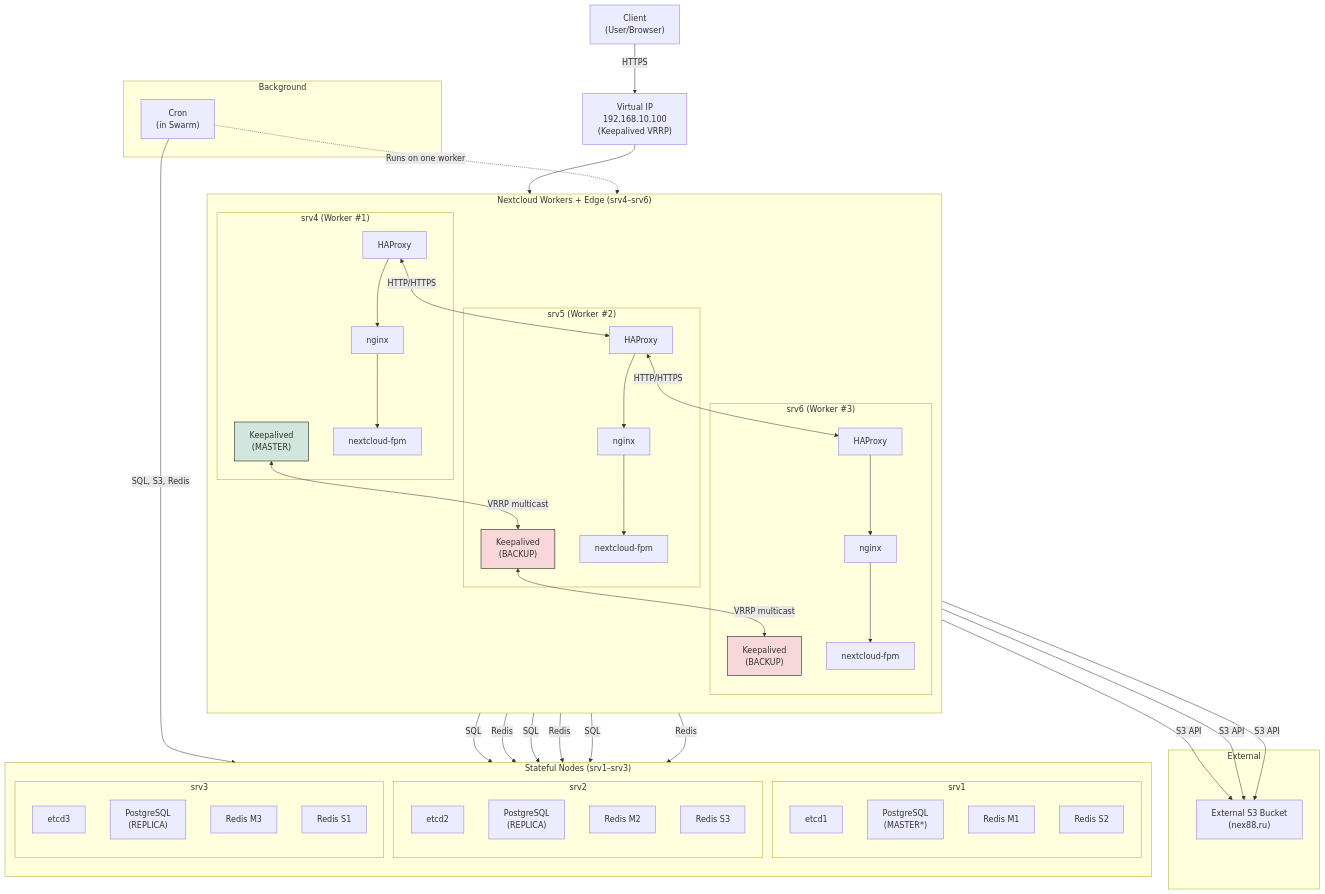
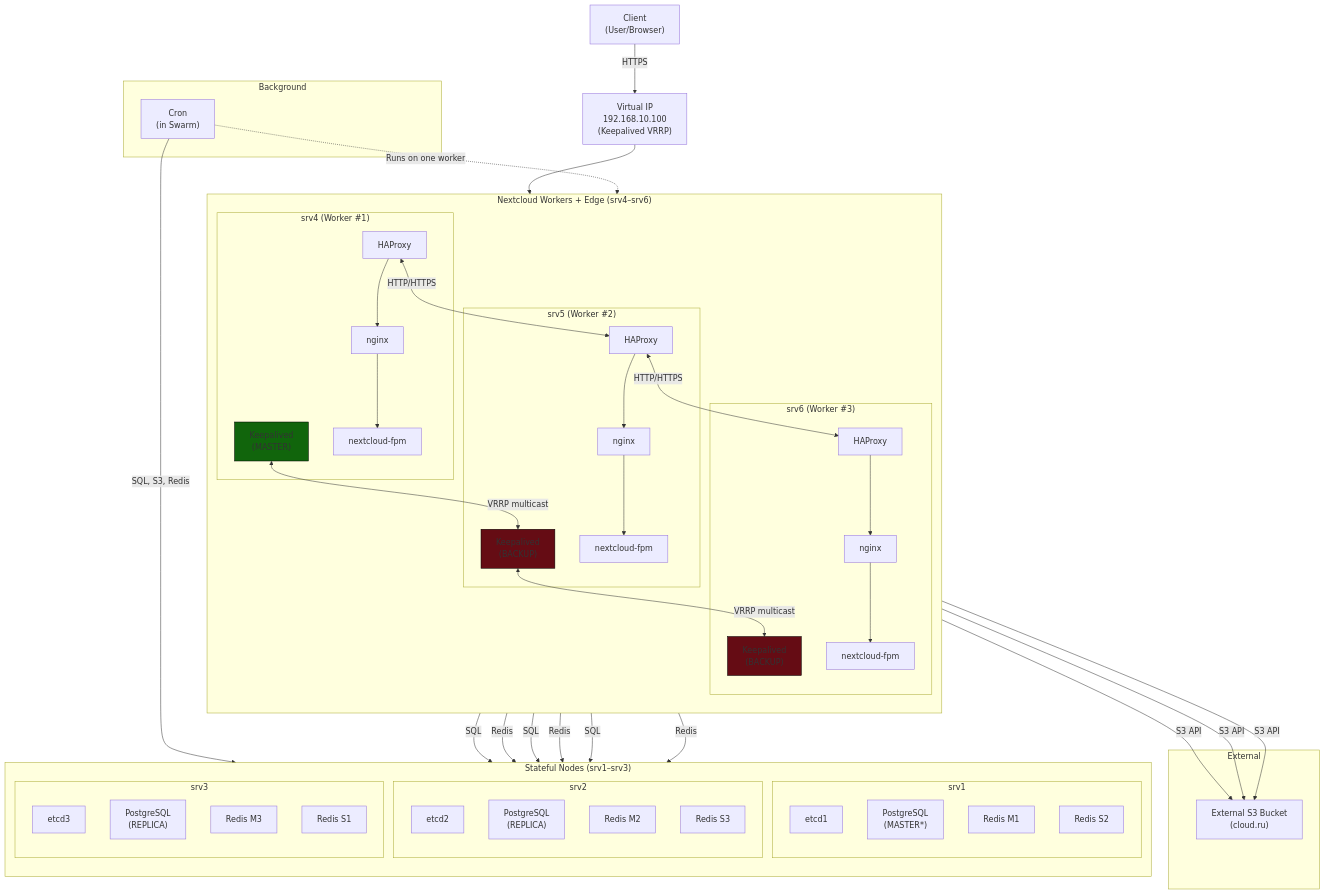
The diagram in README.md (88NeX/NextCloud), drawn with Mermaid before and after one commit.

Commit message:
fix: readme.md

````diff
--- a/README.md
+++ b/README.md
@@ -105,7 +105,7 @@
 ```mermaid
 flowchart TD
     subgraph External
-        S3["External S3 Bucket\n(nex88.ru)"]
+        S3["External S3 Bucket\n(cloud.ru)"]
     end
 
     Client["Client\n(User/Browser)"] -->|HTTPS| VIP["Virtual IP\n192.168.10.100\n(Keepalived VRRP)"]
@@ -197,8 +197,8 @@
     C1 -.->|Runs on one worker| Edge_and_Workers
 
     %% Примечание
-    classDef master fill:#d1e7dd,stroke:#000;
-    classDef backup fill:#f8d7da,stroke:#000;
+    classDef master fill:#11650c,stroke:#000;
+    classDef backup fill:#650c14,stroke:#000;
     class K4 master
     class K5,K6 backup
 ```
````
